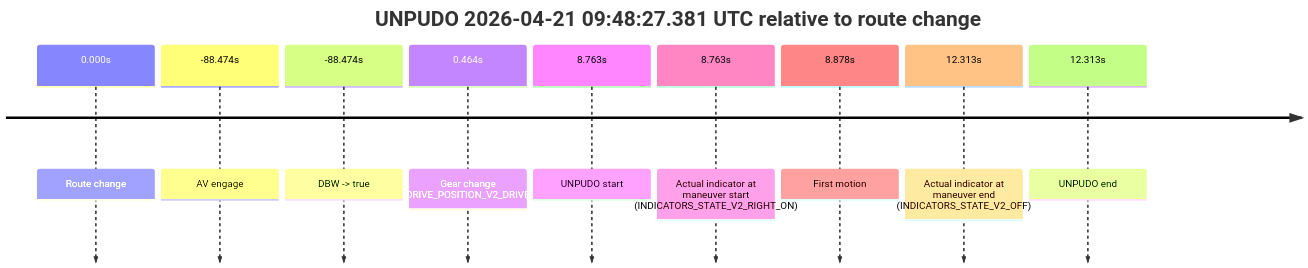
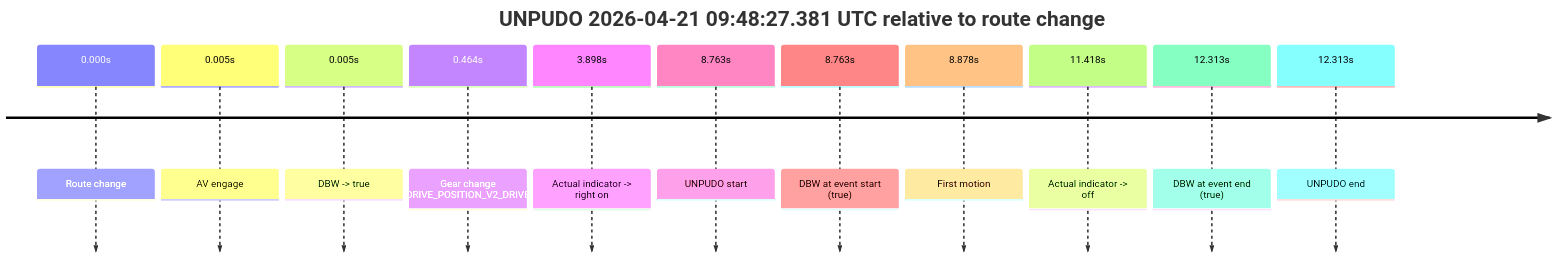
The third of 3 diagrams in model_analysis/report_cards/2026/04/Week-4/fme20032--2026-04-21--09-09-28--gen2-av-900aea02-08d0-4bad-8c73-5b302b4d1a52.md (yoelshapiro/vault), drawn with Mermaid before and after one commit. The commit also changed other lines of this file and 85 other files, not shown here.

````diff
--- a/model_analysis/report_cards/2026/04/Week-4/fme20032--2026-04-21--09-09-28--gen2-av-900aea02-08d0-4bad-8c73-5b302b4d1a52.md
+++ b/model_analysis/report_cards/2026/04/Week-4/fme20032--2026-04-21--09-09-28--gen2-av-900aea02-08d0-4bad-8c73-5b302b4d1a52.md
@@ -206,13 +224,15 @@
 ```mermaid
 timeline
     title UNPUDO 2026-04-21 09:48:27.381 UTC relative to route change
     0.000s : Route change
-    -88.474s : AV engage
-    -88.474s : DBW -> true
+    0.005s : AV engage
+    0.005s : DBW -> true
     0.464s : Gear change (DRIVE_POSITION_V2_DRIVE)
+    3.898s : Actual indicator -> right on
     8.763s : UNPUDO start
-    8.763s : Actual indicator at maneuver start (INDICATORS_STATE_V2_RIGHT_ON)
+    8.763s : DBW at event start (true)
     8.878s : First motion
-    12.313s : Actual indicator at maneuver end (INDICATORS_STATE_V2_OFF)
+    11.418s : Actual indicator -> off
+    12.313s : DBW at event end (true)
     12.313s : UNPUDO end
 ```
````
